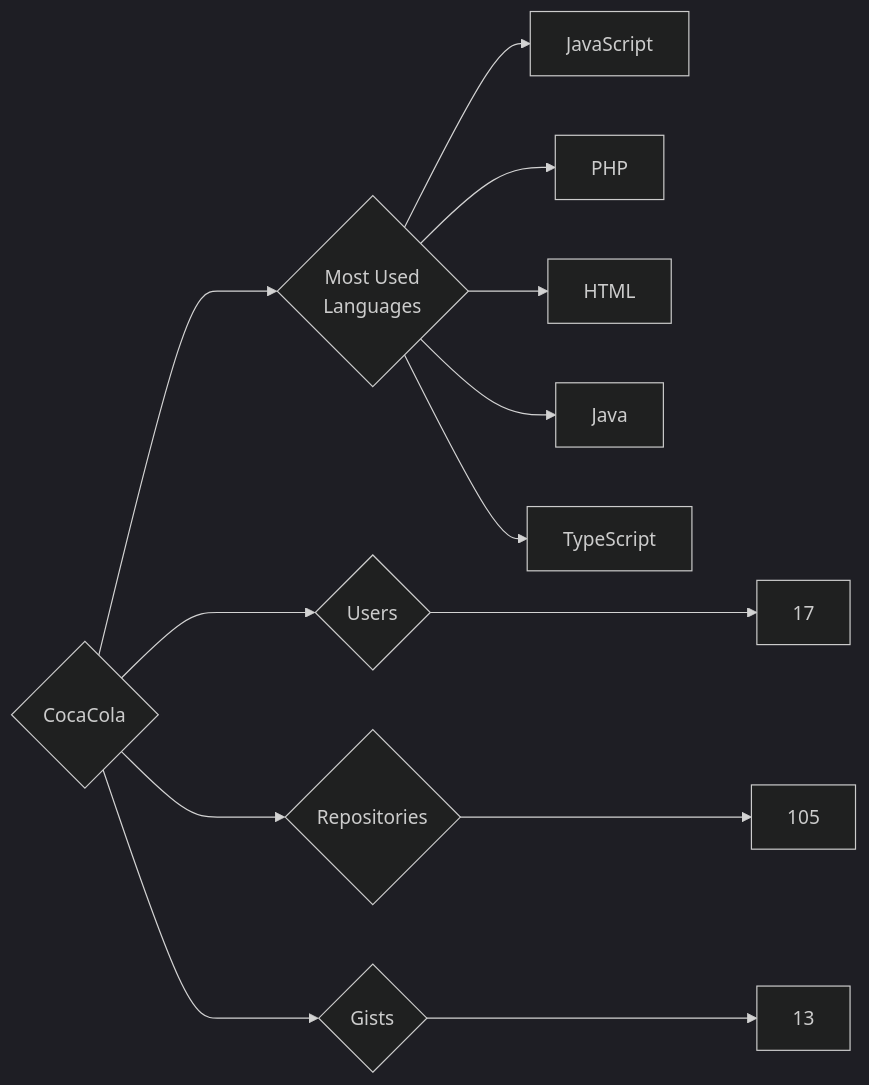
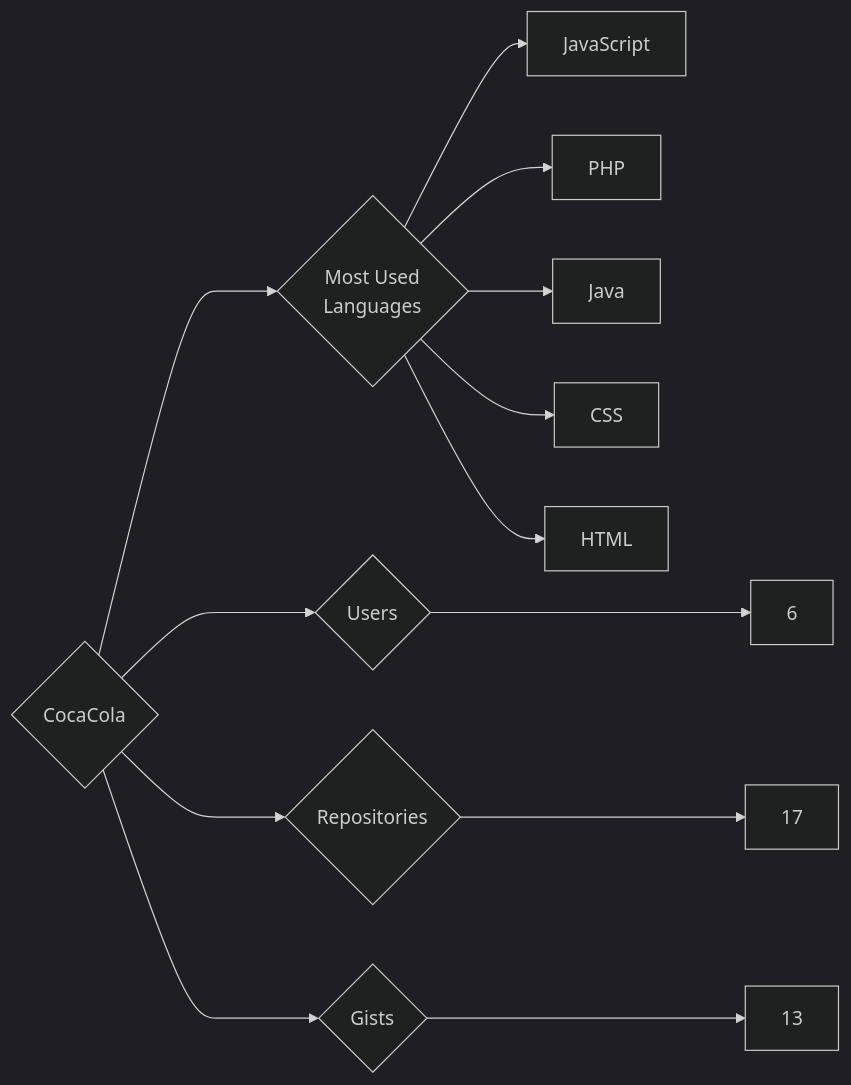
One commit to trickest/insiders changed the diagram in targets/CocaCola/README.md. Above: the diagram before and after it, drawn with Mermaid (dark theme). The commit also changed 682 other files, not shown here.

````diff
--- a/targets/CocaCola/README.md
+++ b/targets/CocaCola/README.md
@@ -3,13 +3,13 @@
 ```mermaid
 graph LR
 COMPANY_NAME{CocaCola}
-COMPANY_NAME ---> U{Users} ---> UN[17]
-COMPANY_NAME ---> R{Repositories} ---> RN[105]
+COMPANY_NAME ---> U{Users} ---> UN[6]
+COMPANY_NAME ---> R{Repositories} ---> RN[17]
 COMPANY_NAME ---> G{Gists} ---> GN[13]
 COMPANY_NAME ---> ML{Most Used<br>Languages}
 ML --> JavaScript[JavaScript]
 ML --> PHP[PHP]
+ML --> Java[Java]
+ML --> CSS[CSS]
 ML --> HTML[HTML]
-ML --> Java[Java]
-ML --> TypeScript[TypeScript]
 ```
````
